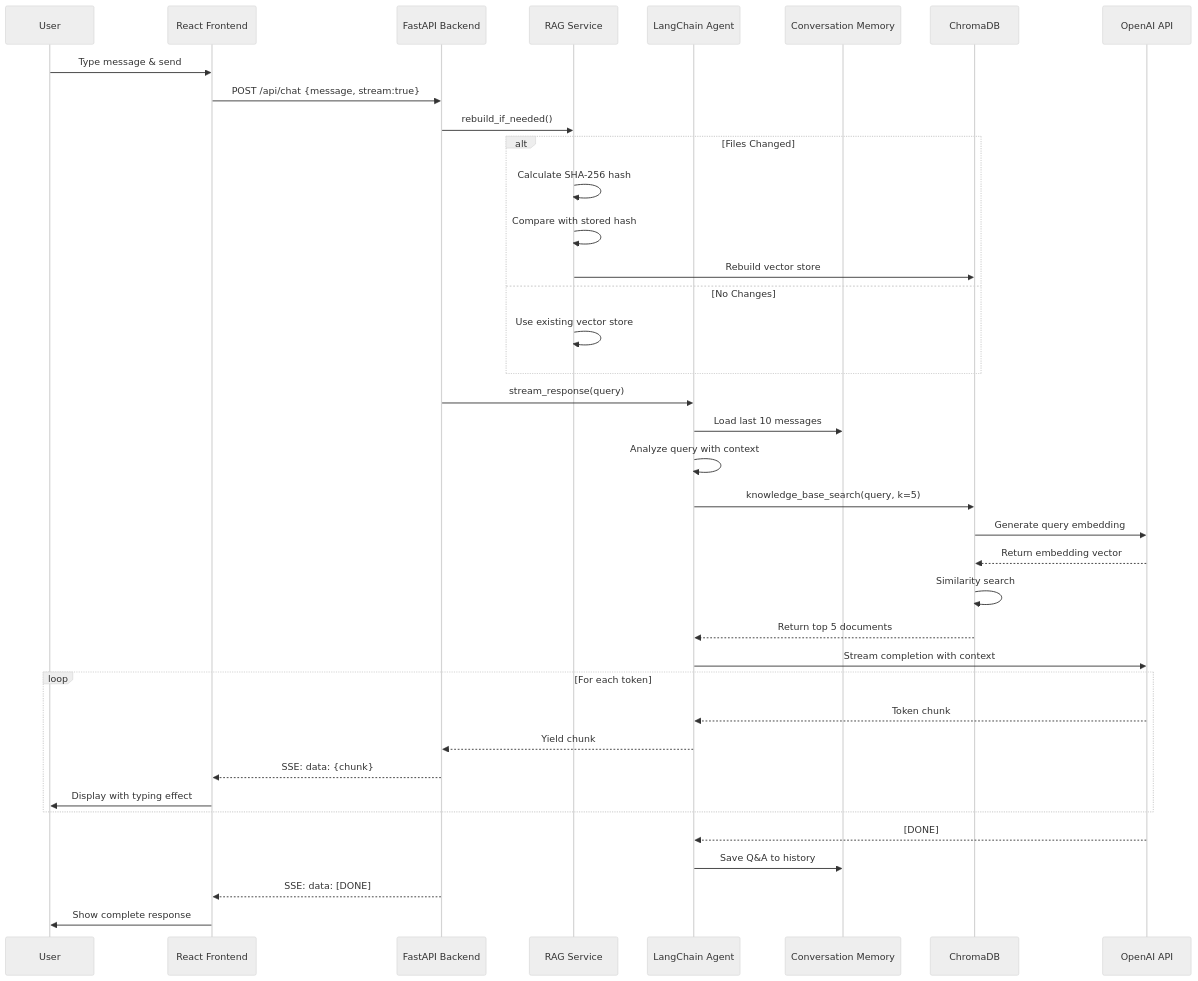
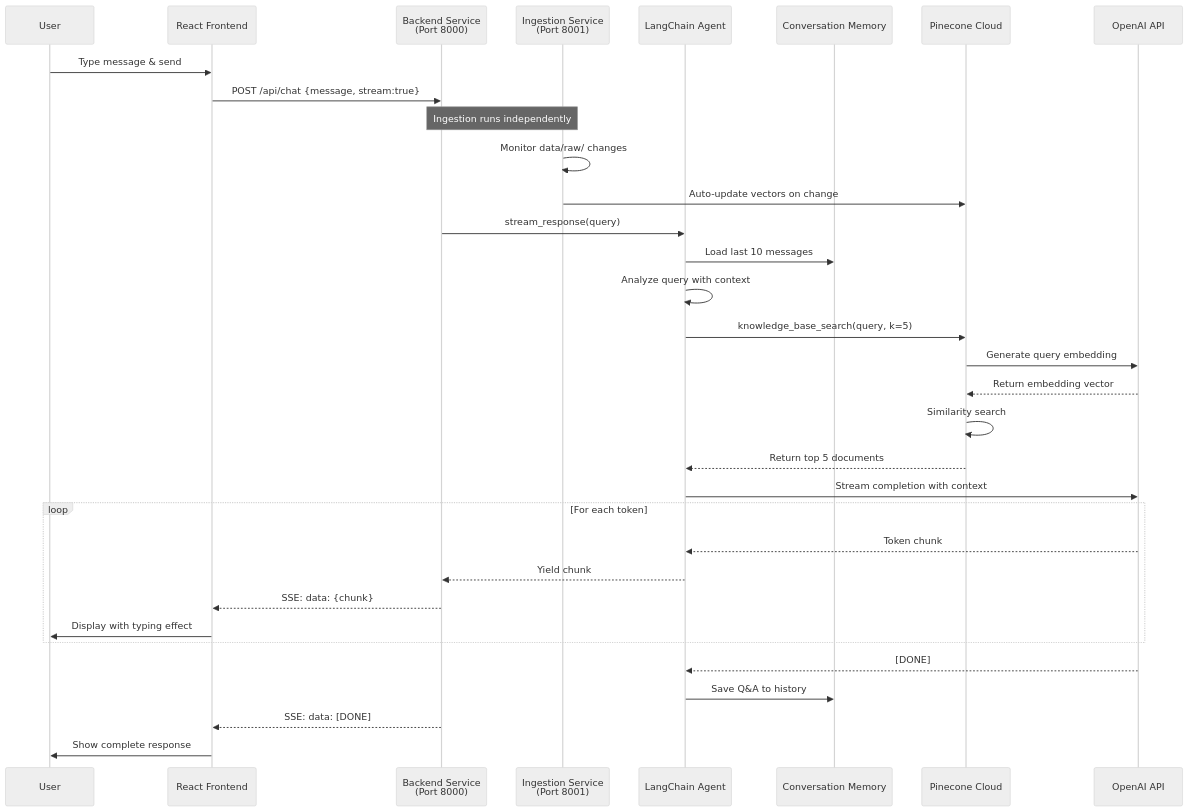
Before and after one commit to NinobraV/knowra-onboarding-agent: the second of 9 diagrams in README.md, drawn with Mermaid (neutral theme). The commit also changed other lines of this file and 22 other files, not shown here.

Commit message:
feat: separate data ingestion into dedicated service

````diff
--- a/README.md
+++ b/README.md
@@ -118,45 +133,40 @@
 ```mermaid
 sequenceDiagram
     participant User
     participant React as React Frontend
-    participant FastAPI as FastAPI Backend
-    participant RAG as RAG Service
+    participant Backend as Backend Service<br/>(Port 8000)
+    participant Ingestion as Ingestion Service<br/>(Port 8001)
     participant Agent as LangChain Agent
     participant Memory as Conversation Memory
-    participant Chroma as ChromaDB
+    participant Pinecone as Pinecone Cloud
     participant OpenAI as OpenAI API
     
     User->>React: Type message & send
-    React->>FastAPI: POST /api/chat {message, stream:true}
-    FastAPI->>RAG: rebuild_if_needed()
+    React->>Backend: POST /api/chat {message, stream:true}
     
-    alt Files Changed
-        RAG->>RAG: Calculate SHA-256 hash
-        RAG->>RAG: Compare with stored hash
-        RAG->>Chroma: Rebuild vector store
-    else No Changes
-        RAG->>RAG: Use existing vector store
-    end
+    Note over Backend,Ingestion: Ingestion runs independently
+    Ingestion->>Ingestion: Monitor data/raw/ changes
+    Ingestion->>Pinecone: Auto-update vectors on change
     
-    FastAPI->>Agent: stream_response(query)
+    Backend->>Agent: stream_response(query)
     Agent->>Memory: Load last 10 messages
     Agent->>Agent: Analyze query with context
-    Agent->>Chroma: knowledge_base_search(query, k=5)
-    Chroma->>OpenAI: Generate query embedding
-    OpenAI-->>Chroma: Return embedding vector
-    Chroma->>Chroma: Similarity search
-    Chroma-->>Agent: Return top 5 documents
+    Agent->>Pinecone: knowledge_base_search(query, k=5)
+    Pinecone->>OpenAI: Generate query embedding
+    OpenAI-->>Pinecone: Return embedding vector
+    Pinecone->>Pinecone: Similarity search
+    Pinecone-->>Agent: Return top 5 documents
     Agent->>OpenAI: Stream completion with context
     
     loop For each token
         OpenAI-->>Agent: Token chunk
-        Agent-->>FastAPI: Yield chunk
-        FastAPI-->>React: SSE: data: {chunk}
+        Agent-->>Backend: Yield chunk
+        Backend-->>React: SSE: data: {chunk}
         React->>User: Display with typing effect
     end
     
     OpenAI-->>Agent: [DONE]
     Agent->>Memory: Save Q&A to history
-    FastAPI-->>React: SSE: data: [DONE]
+    Backend-->>React: SSE: data: [DONE]
     React->>User: Show complete response
 ```
````
